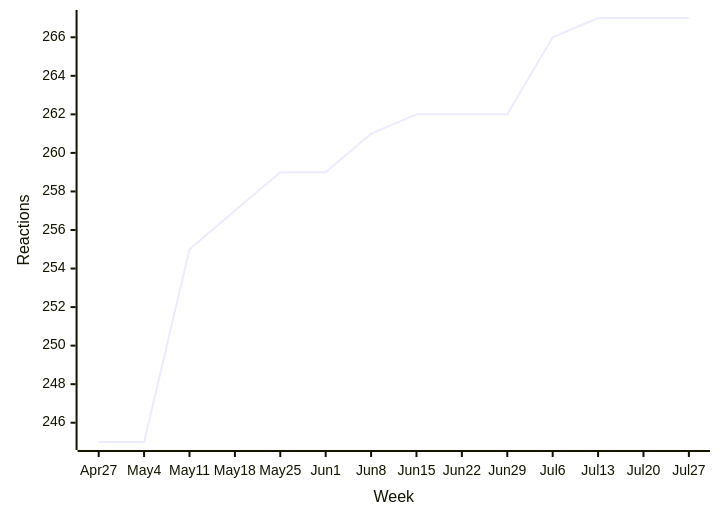
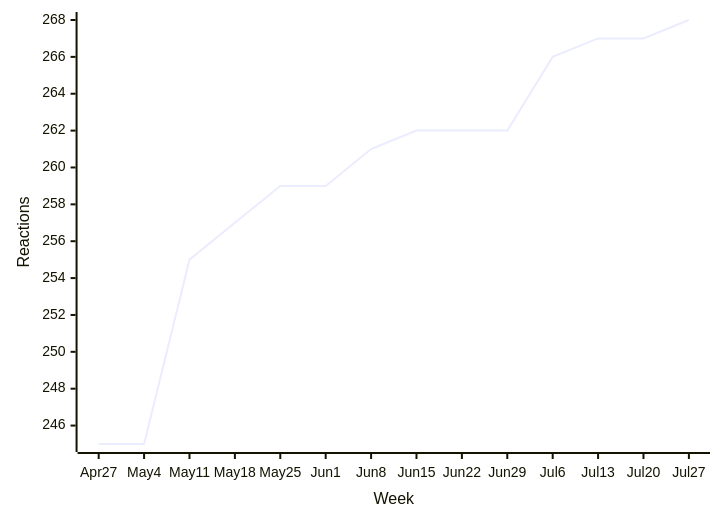
Before and after one commit to loic-sharma/github-insights: the fifth of 46 diagrams in README.md, drawn with Mermaid. The commit also changed other lines of this file and 3 other files, not shown here.

````diff
--- a/README.md
+++ b/README.md
@@ -407,6 +407,6 @@
   ```mermaid
   xychart-beta
     x-axis "Week" [Apr 27, May 4, May 11, May 18, May 25, Jun 1, Jun 8, Jun 15, Jun 22, Jun 29, Jul 6, Jul 13, Jul 20, Jul 27]
     y-axis "Reactions"
-    line [245, 245, 255, 257, 259, 259, 261, 262, 262, 262, 266, 267, 267, 267]
+    line [245, 245, 255, 257, 259, 259, 261, 262, 262, 262, 266, 267, 267, 268]
   ```
````
